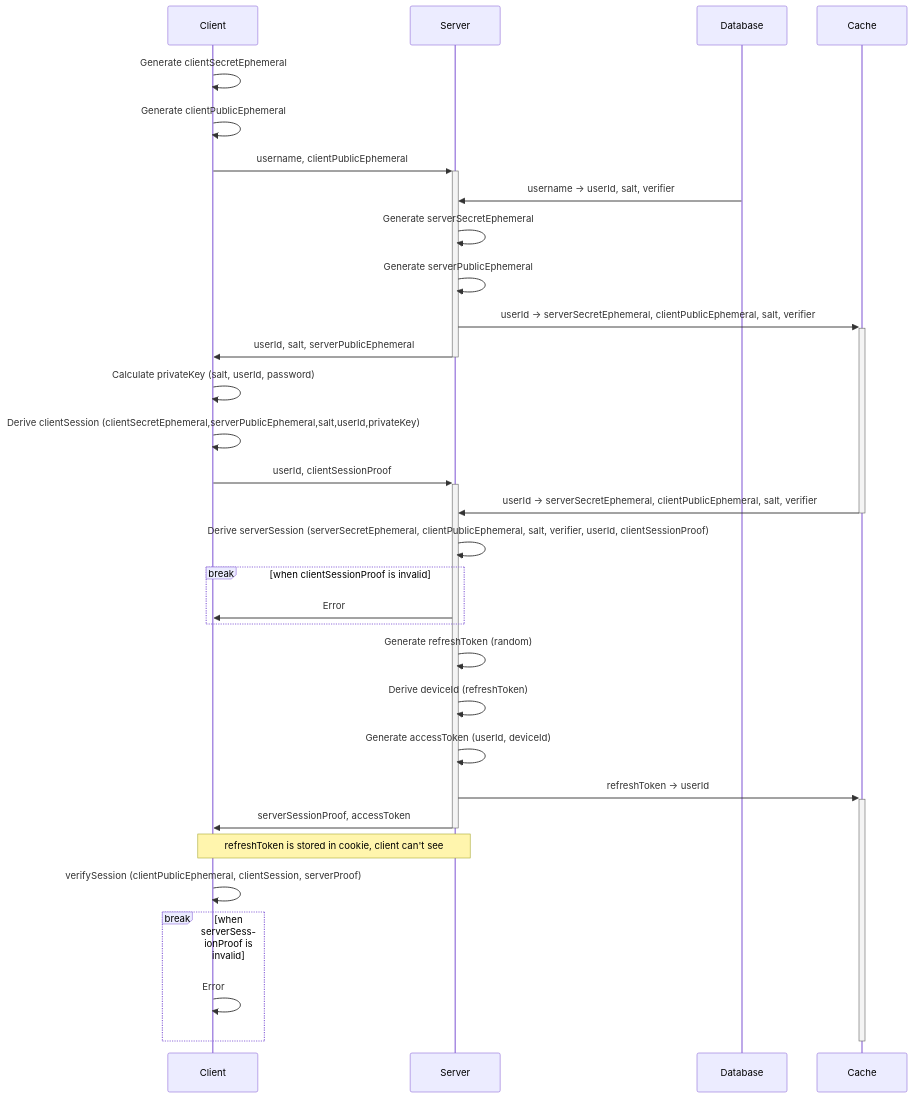
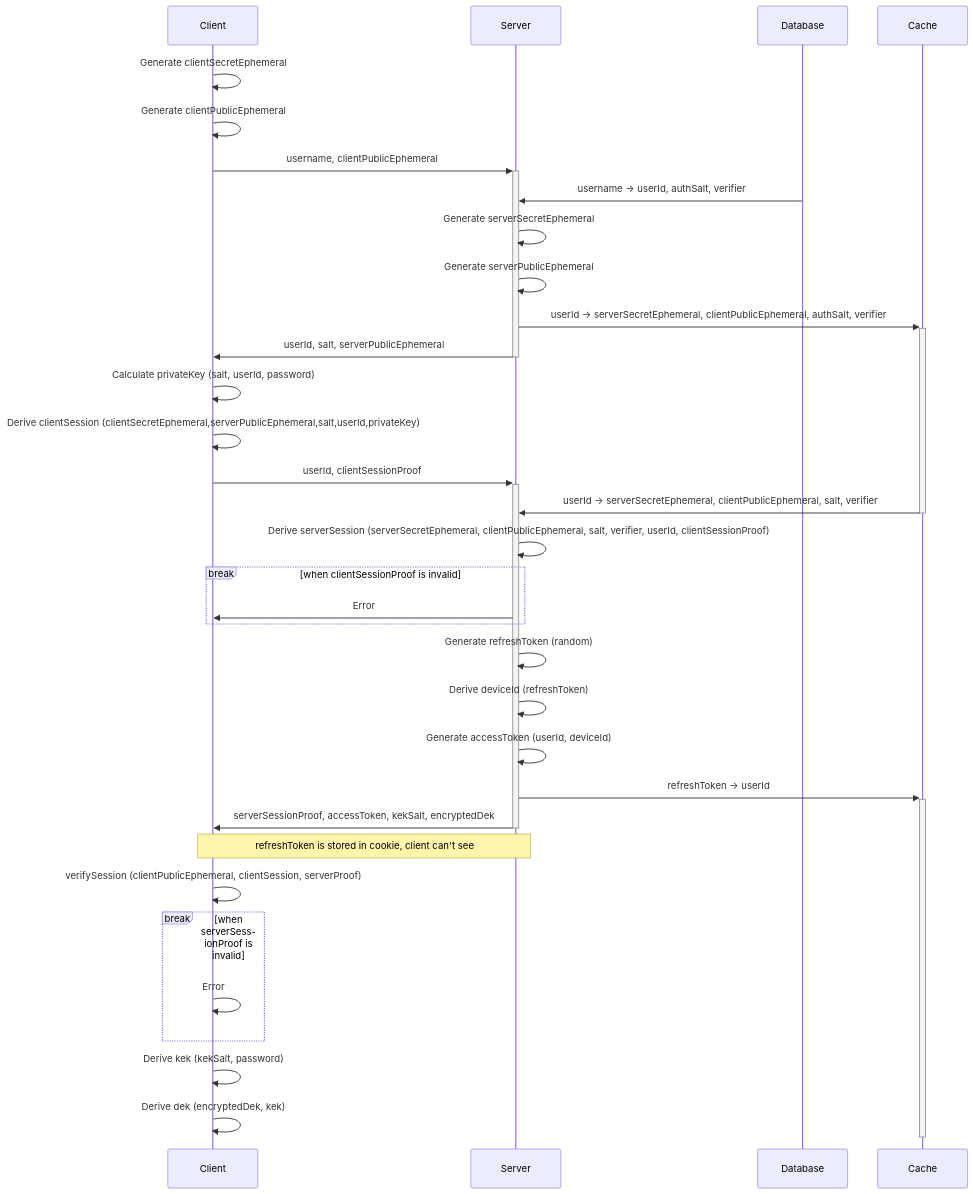
The second of 4 diagrams in README.md (mymakerofficial/time-app-test), drawn with Mermaid before and after one commit. The commit also changed other lines of this file, not shown here.

````diff
--- a/README.md
+++ b/README.md
@@ -43,34 +47,36 @@
 ```mermaid
 sequenceDiagram
     participant Client
     participant Server
     participant Database
     participant Cache
     Client->>Client: Generate clientSecretEphemeral
     Client->>Client: Generate clientPublicEphemeral
     Client->>+Server: username, clientPublicEphemeral
-    Database->>Server: username -> userId, salt, verifier
+    Database->>Server: username -> userId, authSalt, verifier
     Server->>Server: Generate serverSecretEphemeral
     Server->>Server: Generate serverPublicEphemeral
-    Server->>+Cache: userId -> serverSecretEphemeral, clientPublicEphemeral, salt, verifier
+    Server->>+Cache: userId -> serverSecretEphemeral, clientPublicEphemeral, authSalt, verifier
     Server->>-Client: userId, salt, serverPublicEphemeral
     Client->>Client: Calculate privateKey (salt, userId, password)
     Client->>Client: Derive clientSession (clientSecretEphemeral,serverPublicEphemeral,salt,userId,privateKey)
     Client->>+Server: userId, clientSessionProof
     Cache->>-Server: userId -> serverSecretEphemeral, clientPublicEphemeral, salt, verifier
     Server->>Server: Derive serverSession (serverSecretEphemeral, clientPublicEphemeral, salt, verifier, userId, clientSessionProof)
     break when clientSessionProof is invalid
         Server->>Client: Error
     end
     Server->>Server: Generate refreshToken (random)
     Server->>Server: Derive deviceId (refreshToken)
     Server->>Server: Generate accessToken (userId, deviceId)
     Server->>+Cache: refreshToken -> userId
-    Server->>-Client: serverSessionProof, accessToken
+    Server->>-Client: serverSessionProof, accessToken, kekSalt, encryptedDek
     Note over Server,Client: refreshToken is stored in cookie, client can't see
     Client->>Client: verifySession (clientPublicEphemeral, clientSession, serverProof)
     break when serverSessionProof is invalid
         Client->>Client: Error
     end
+    Client->>Client: Derive kek (kekSalt, password)
+    Client->>Client: Derive dek (encryptedDek, kek)
     deactivate Cache
 ```
````
